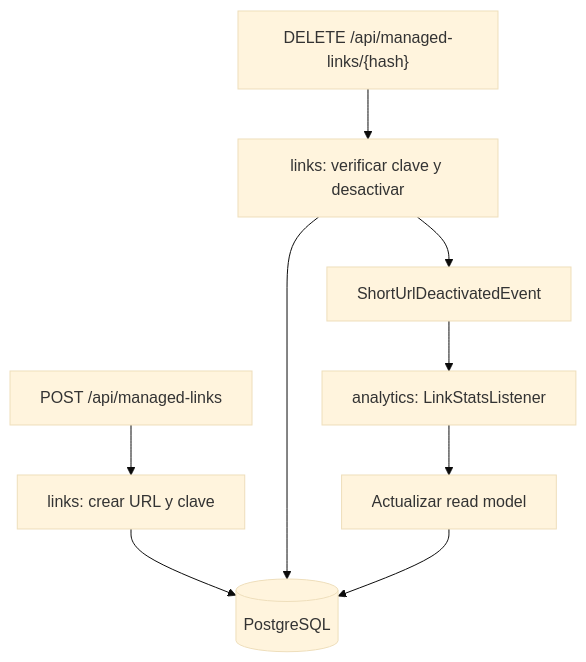
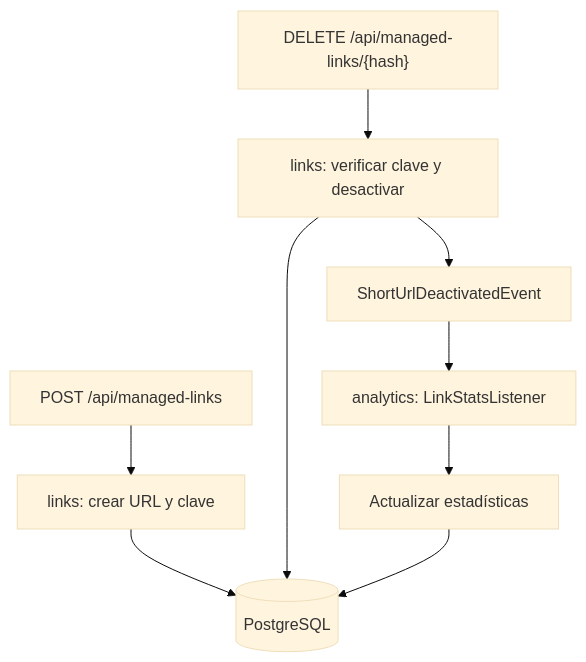
The diagram in docs/adr/0004-url-management-deactivation.md (josesecadura/urlshortener-group-k), drawn with Mermaid (base theme) before and after one commit. The commit also changed other lines of this file and 2 other files, not shown here.

````diff
--- a/docs/adr/0004-url-management-deactivation.md
+++ b/docs/adr/0004-url-management-deactivation.md
@@ -57,11 +79,11 @@
 ```mermaid
 flowchart TD
     A["POST /api/managed-links"] --> B["links: crear URL y clave"]
     B --> C[("PostgreSQL")]
     D["DELETE /api/managed-links/{hash}"] --> E["links: verificar clave y desactivar"]
     E --> C
     E --> F["ShortUrlDeactivatedEvent"]
     F --> G["analytics: LinkStatsListener"]
-    G --> H["Actualizar read model"]
+    G --> H["Actualizar estadísticas"]
     H --> C
 ```
````
